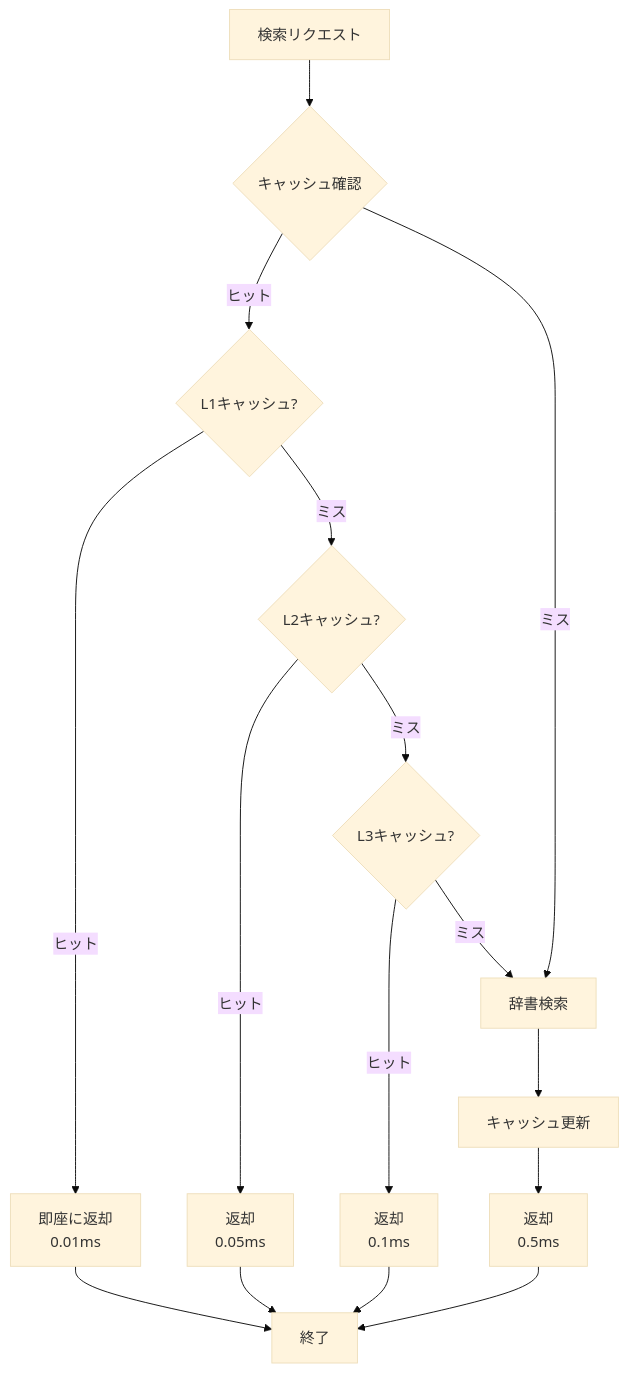
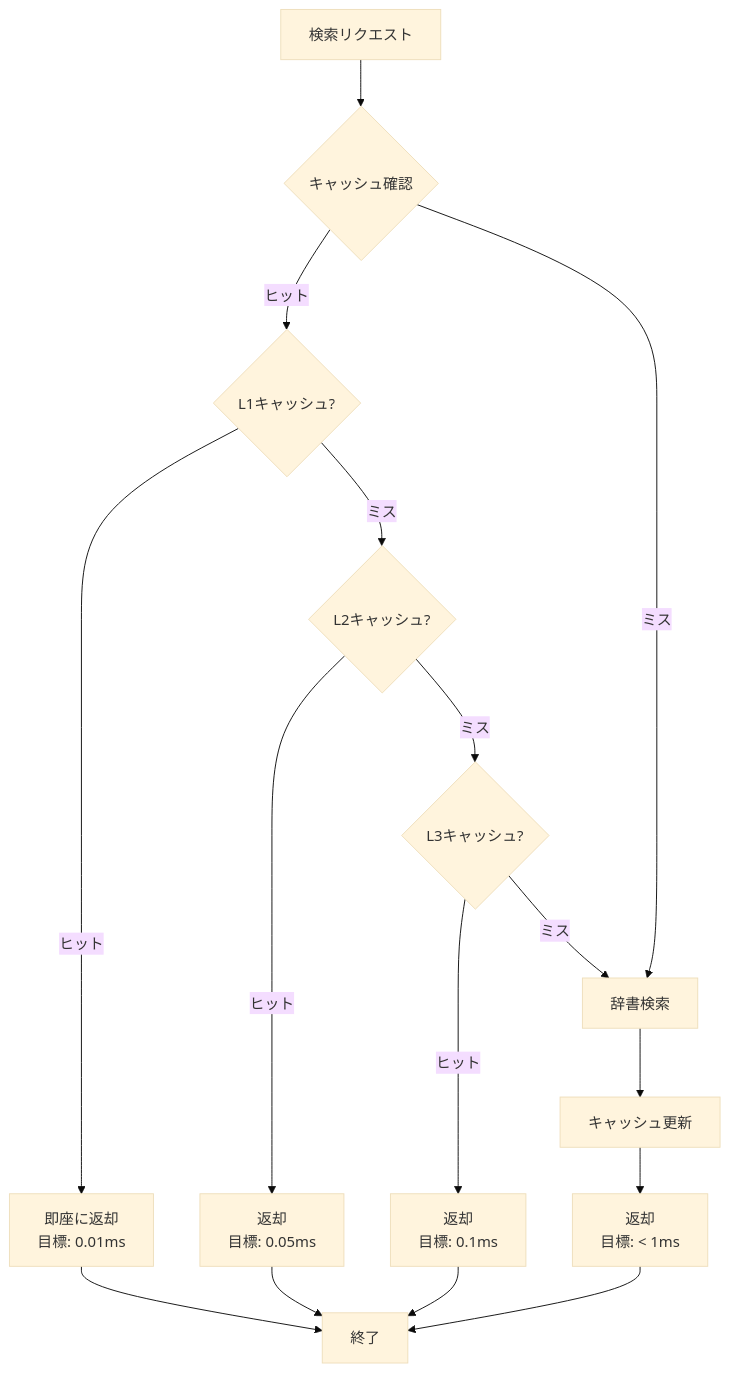
Before and after one commit to takeokunn/nskk.el: the fifth of 10 diagrams in docs/explanation/architecture-v0.1.md, drawn with Mermaid (base theme). The commit also changed other lines of this file and 300 other files, not shown here.

````diff
--- a/docs/explanation/architecture-v0.1.md
+++ b/docs/explanation/architecture-v0.1.md
@@ -282,24 +282,24 @@
 ```mermaid
 graph TD
     START[検索リクエスト] --> CHECK{キャッシュ確認}
 
     CHECK -->|ヒット| L1{L1キャッシュ?}
     CHECK -->|ミス| SEARCH[辞書検索]
 
-    L1 -->|ヒット| RETURN1[即座に返却<br/>0.01ms]
+    L1 -->|ヒット| RETURN1[即座に返却<br/>目標: 0.01ms]
     L1 -->|ミス| L2{L2キャッシュ?}
 
-    L2 -->|ヒット| RETURN2[返却<br/>0.05ms]
+    L2 -->|ヒット| RETURN2[返却<br/>目標: 0.05ms]
     L2 -->|ミス| L3{L3キャッシュ?}
 
-    L3 -->|ヒット| RETURN3[返却<br/>0.1ms]
+    L3 -->|ヒット| RETURN3[返却<br/>目標: 0.1ms]
     L3 -->|ミス| SEARCH
 
     SEARCH --> UPDATE[キャッシュ更新]
-    UPDATE --> RETURN4[返却<br/>0.5ms]
+    UPDATE --> RETURN4[返却<br/>目標: < 1ms]
 
     RETURN1 --> END[終了]
     RETURN2 --> END
     RETURN3 --> END
     RETURN4 --> END
 ```
````
